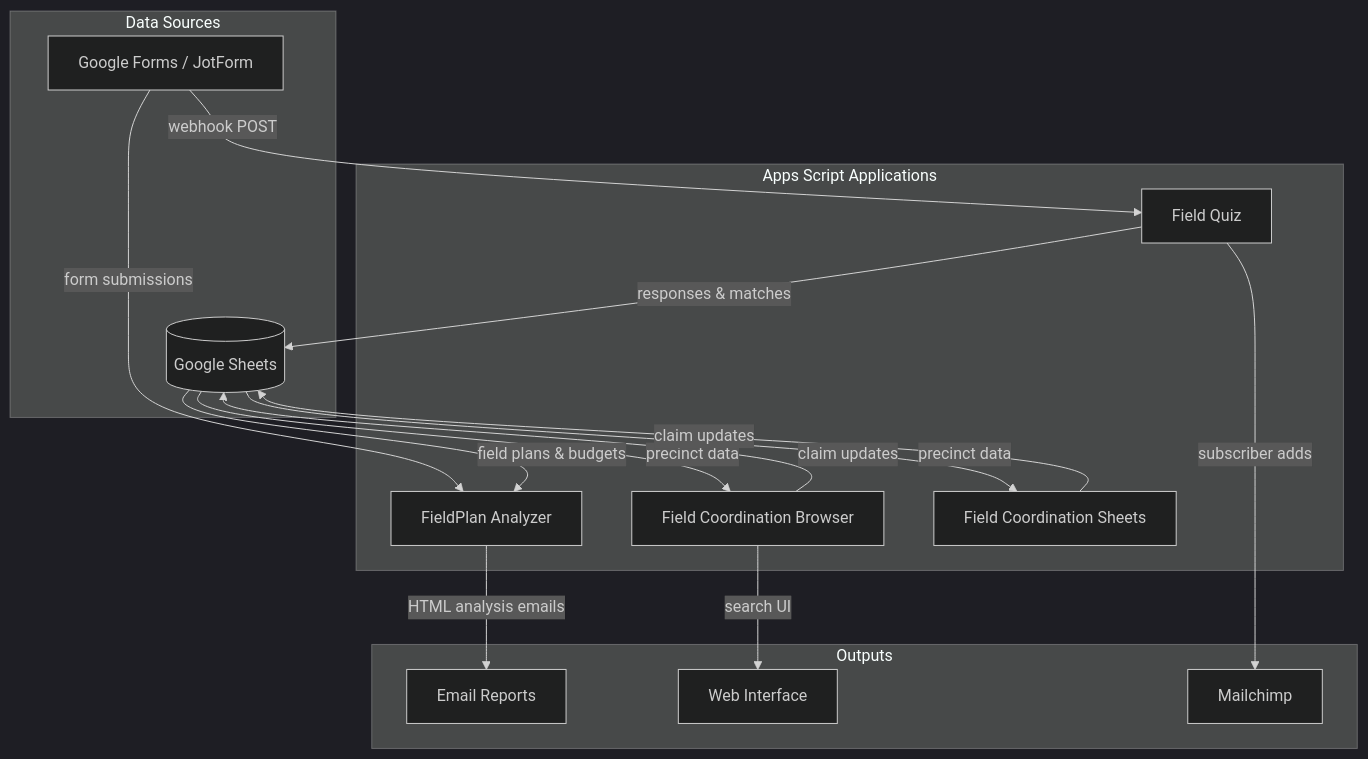
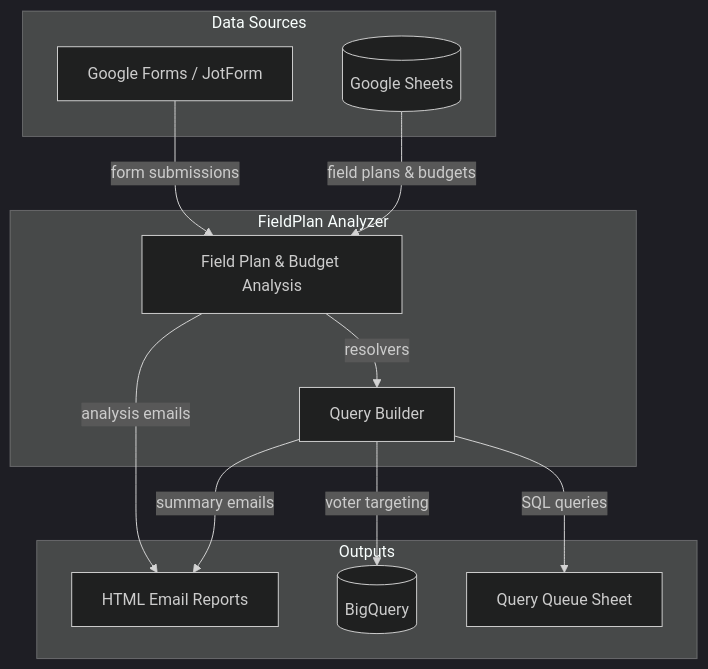
Before and after one commit to alabama-forward/appsscript: the diagram in README.md, drawn with Mermaid (dark theme). The commit also changed other lines of this file, not shown here.

````diff
--- a/README.md
+++ b/README.md
@@ -7,35 +7,26 @@
 ```mermaid
 graph TD
     subgraph "Data Sources"
         GF[Google Forms / JotForm]
         GS[(Google Sheets)]
     end
 
-    subgraph "Apps Script Applications"
-        FPA[FieldPlan Analyzer]
-        FCB[Field Coordination Browser]
-        FCS[Field Coordination Sheets]
-        FQ[Field Quiz]
+    subgraph "FieldPlan Analyzer"
+        FPA[Field Plan & Budget Analysis]
+        QB[Query Builder]
     end
 
     subgraph "Outputs"
-        Email[Email Reports]
-        WebApp[Web Interface]
-        MC[Mailchimp]
+        Email[HTML Email Reports]
+        BQ[(BigQuery)]
+        QS[Query Queue Sheet]
     end
 
     GF -->|form submissions| FPA
     GS -->|field plans & budgets| FPA
-    FPA -->|HTML analysis emails| Email
-
-    GS -->|precinct data| FCB
-    FCB -->|claim updates| GS
-    FCB -->|search UI| WebApp
-
-    GS -->|precinct data| FCS
-    FCS -->|claim updates| GS
-
-    GF -->|webhook POST| FQ
-    FQ -->|responses & matches| GS
-    FQ -->|subscriber adds| MC
+    FPA -->|analysis emails| Email
+    FPA -->|resolvers| QB
+    QB -->|SQL queries| QS
+    QB -->|voter targeting| BQ
+    QB -->|summary emails| Email
 ```
````
